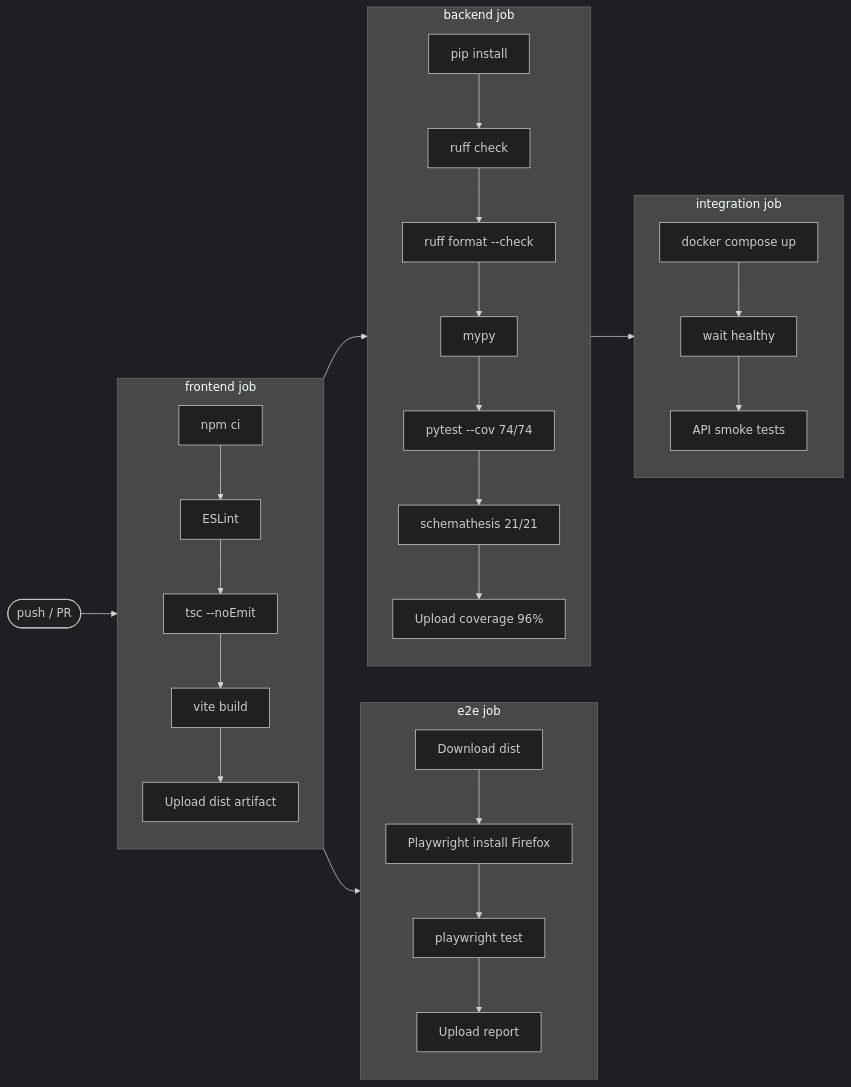
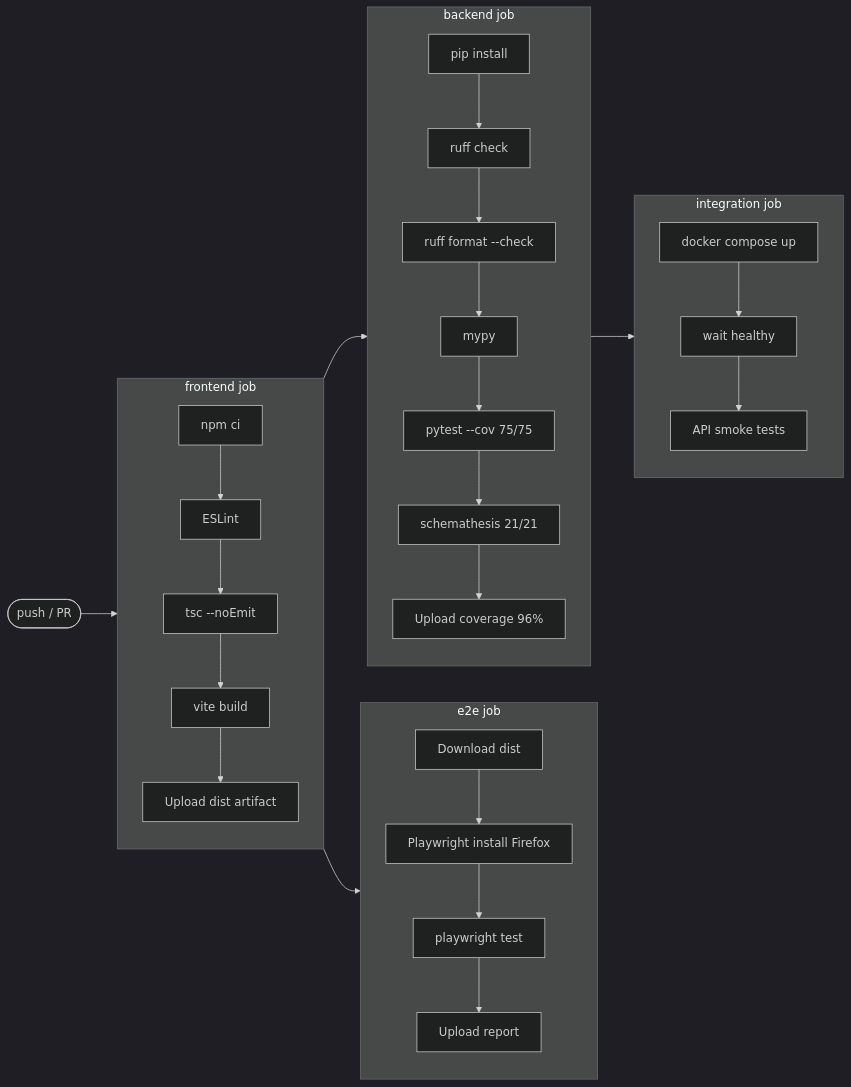
Before and after one commit to Kensan196948G/ArcSphere3D: the second of 3 diagrams in README.md, drawn with Mermaid (dark theme).

Commit message:
docs(readme): update pytest count 74→75

````diff
--- a/README.md
+++ b/README.md
@@ -139,35 +139,35 @@
 ```mermaid
 flowchart LR
     A([push / PR]) --> F
 
     subgraph F["frontend job"]
         F1[npm ci] --> F2[ESLint]
         F2 --> F3[tsc --noEmit]
         F3 --> F4[vite build]
         F4 --> F5[Upload dist artifact]
     end
 
     subgraph E["e2e job"]
         E1[Download dist] --> E2[Playwright install Firefox]
         E2 --> E3[playwright test]
         E3 --> E4[Upload report]
     end
 
     subgraph B["backend job"]
         B1[pip install] --> B2[ruff check]
         B2 --> B3[ruff format --check]
         B3 --> B4[mypy]
-        B4 --> B5[pytest --cov 74/74]
+        B4 --> B5[pytest --cov 75/75]
         B5 --> B6[schemathesis 21/21]
         B6 --> B7[Upload coverage 96%]
     end
 
     subgraph I["integration job"]
         I1[docker compose up] --> I2[wait healthy]
         I2 --> I3[API smoke tests]
     end
 
     F --> E
     F --> B
     B --> I
 ```
````
